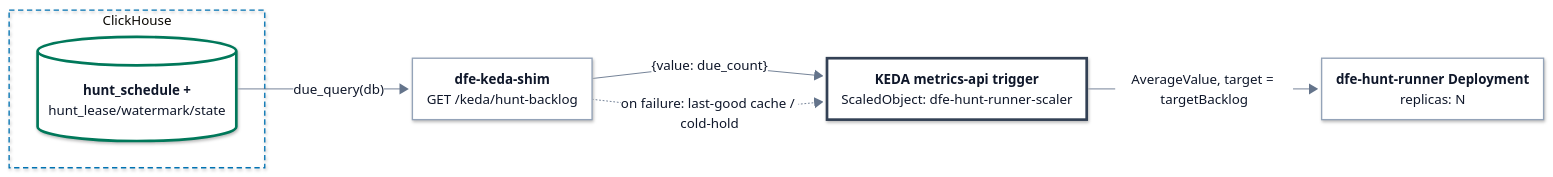
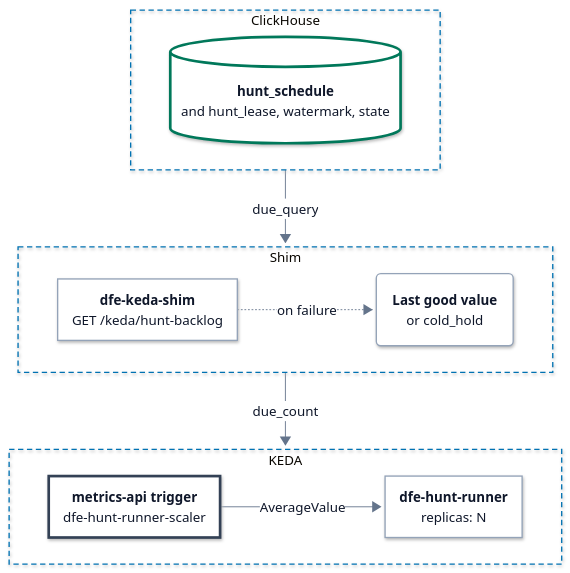
The diagram in docs/data-plane/hunt-runner-scaling.md (hyperi-io/dfe-engine), drawn with Mermaid before and after one commit. The commit also changed other lines of this file and 32 other files, not shown here.

First line of the commit message:
docs(architecture): engine page to the standard, diagrams to 860 px (#1209)

````diff
--- a/docs/data-plane/hunt-runner-scaling.md
+++ b/docs/data-plane/hunt-runner-scaling.md
@@ -121,20 +121,30 @@
     .ui .label-icon{color:#D9480F}
     .ext .label-icon{color:#64748B}
 ---
-flowchart LR
+flowchart TB
   accTitle: L4 Detail -- Hunt runner autoscaling
   accDescr: The KEDA shim reads the due hunts from ClickHouse's hunt_schedule and coordination tables and serves the due count. KEDA's metrics-api trigger reads it and sets the hunt runner Deployment's replicas. On a failure the shim serves the last good value, or holds cold.
 
   subgraph CH["ClickHouse"]
-    hs[("<b>hunt_schedule +</b><br/><span>hunt_lease/watermark/state</span>")]
+    hs[("<b>hunt_schedule</b><br/><span>and hunt_lease, watermark, state</span>")]
   end
-  shim["<b>dfe-keda-shim</b><br/><span>GET /keda/hunt-backlog</span>"]
-  ko["<b>KEDA metrics-api trigger</b><br/><span>ScaledObject: dfe-hunt-runner-scaler</span>"]
-  hr["<b>dfe-hunt-runner Deployment</b><br/><span>replicas: N</span>"]
-  hs -->|"due_query(db)"| shim
-  shim -->|"{value: due_count}"| ko
-  ko -->|"AverageValue, target = targetBacklog"| hr
-  shim -.->|"on failure: last-good cache / cold-hold"| ko
+  subgraph SHIM["Shim"]
+    direction LR
+    shim["<b>dfe-keda-shim</b><br/><span>GET /keda/hunt-backlog</span>"]
+    cache("<b>Last good value</b><br/><span>or cold_hold</span>")
+    shim -.->|on failure| cache
+  end
+  subgraph KEDA["KEDA"]
+    direction LR
+    ko["<b>metrics-api trigger</b><br/><span>dfe-hunt-runner-scaler</span>"]
+    hr["<b>dfe-hunt-runner</b><br/><span>replicas: N</span>"]
+    ko -->|AverageValue| hr
+  end
+  CH -->|due_query| SHIM
+  SHIM -->|due_count| KEDA
+  class hs store
+  class ko control
+  class shim,hr,cache part
   classDef ext fill:#F4F6F8,stroke:#94A3B8,stroke-width:1.5px,stroke-dasharray:5 4,color:#0F172A
   classDef ingest fill:#FFFFFF,stroke:#0E8A7D,stroke-width:3px,color:#0F172A
   classDef xform fill:#FFFFFF,stroke:#7B4FB0,stroke-width:3px,color:#0F172A
@@ -146,8 +156,7 @@
   classDef error fill:#FFFFFF,stroke:#C2410C,stroke-width:3px,color:#0F172A
   classDef control fill:#FFFFFF,stroke:#334155,stroke-width:3px,color:#0F172A
   classDef part fill:#FFFFFF,stroke:#94A3B8,stroke-width:1.5px,color:#0F172A
-  class hs store
-  class ko control
-  class shim,hr part
   style CH fill:none,stroke:#0072B2,stroke-width:1.5px,stroke-dasharray:6 4
+  style SHIM fill:none,stroke:#0072B2,stroke-width:1.5px,stroke-dasharray:6 4
+  style KEDA fill:none,stroke:#0072B2,stroke-width:1.5px,stroke-dasharray:6 4
 ```
````
